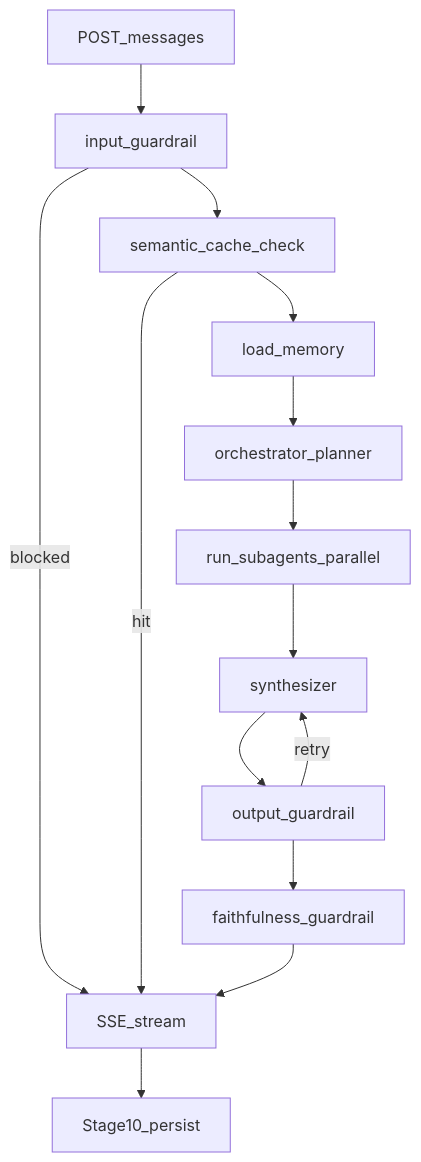
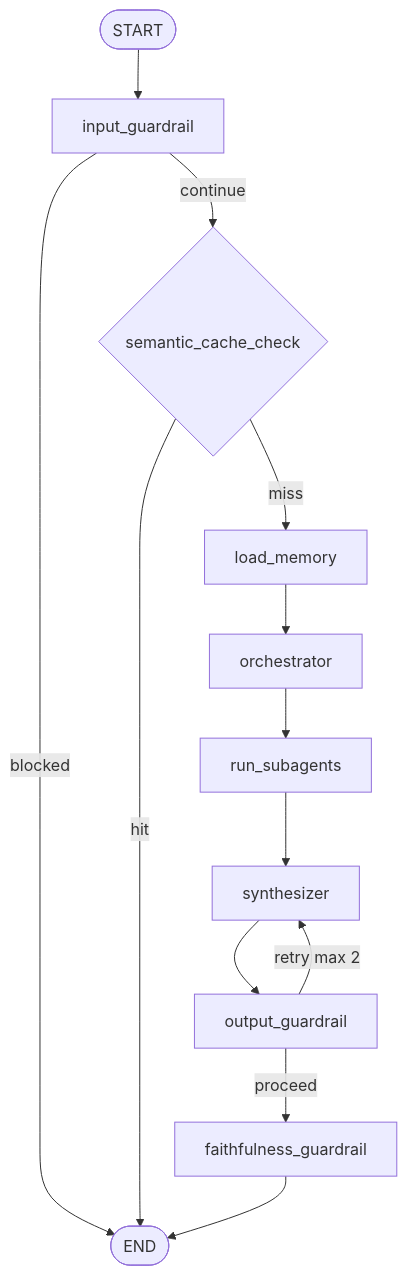
The second of 2 diagrams in README.md (BeketML/ZimShire), drawn with Mermaid before and after one commit. The commit also changed other lines of this file and 3 other files, not shown here.

````diff
--- a/README.md
+++ b/README.md
@@ -55,16 +63,26 @@
 ```mermaid
-flowchart TD
-    startNode[POST_messages] --> inputG[input_guardrail]
-    inputG -->|blocked| sse[SSE_stream]
-    inputG --> cache[semantic_cache_check]
-    cache -->|hit| sse
-    cache --> mem[load_memory]
-    mem --> plan[orchestrator_planner]
-    plan --> run[run_subagents_parallel]
-    run --> synth[synthesizer]
-    synth --> outG[output_guardrail]
-    outG -->|retry| synth
-    outG --> faith[faithfulness_guardrail]
-    faith --> sse
-    sse --> persist[Stage10_persist]
+flowchart TB
+    START([START])
+    IG[input_guardrail]
+    SC{semantic_cache_check}
+    LM[load_memory]
+    OR[orchestrator]
+    RS[run_subagents]
+    SY[synthesizer]
+    OG[output_guardrail]
+    FG[faithfulness_guardrail]
+    END([END])
+
+    START --> IG
+    IG -->|blocked| END
+    IG -->|continue| SC
+    SC -->|hit| END
+    SC -->|miss| LM
+    LM --> OR
+    OR --> RS
+    RS --> SY
+    SY --> OG
+    OG -->|retry max 2| SY
+    OG -->|proceed| FG
+    FG --> END
 ```
````
